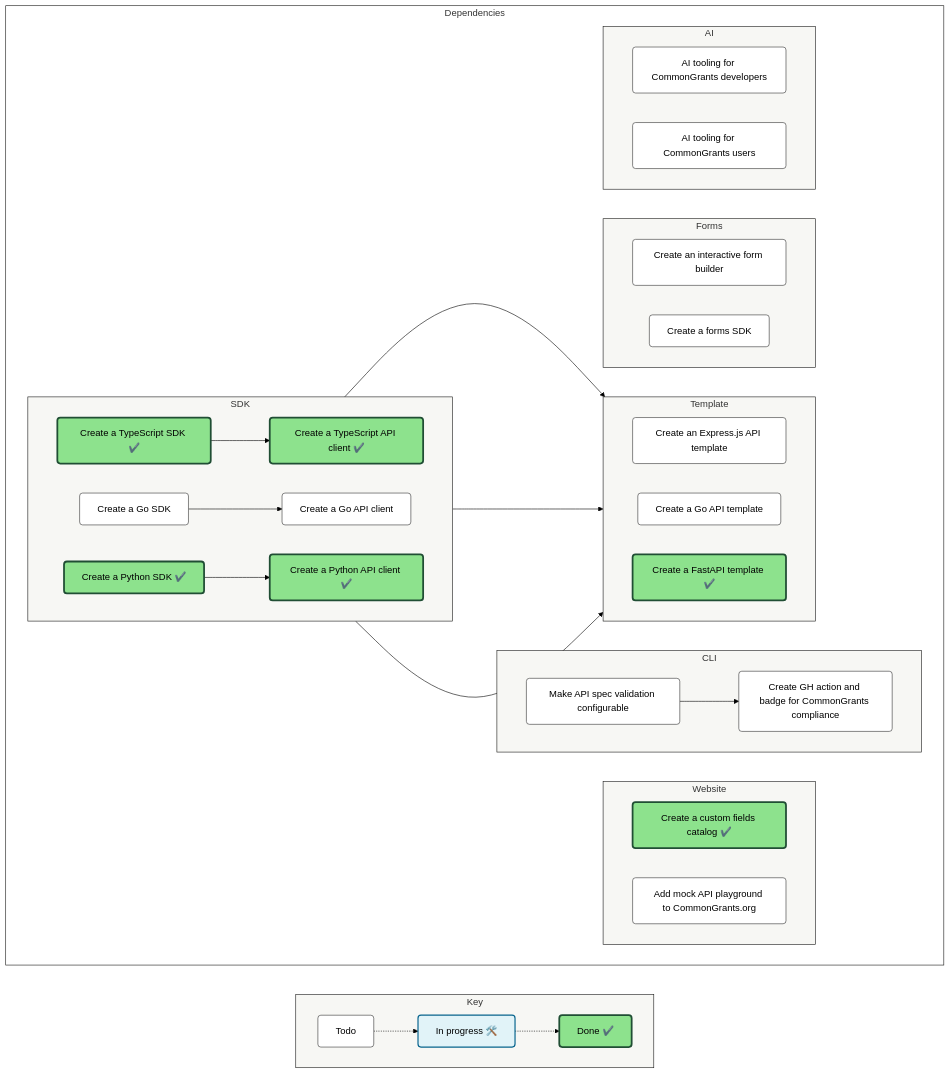
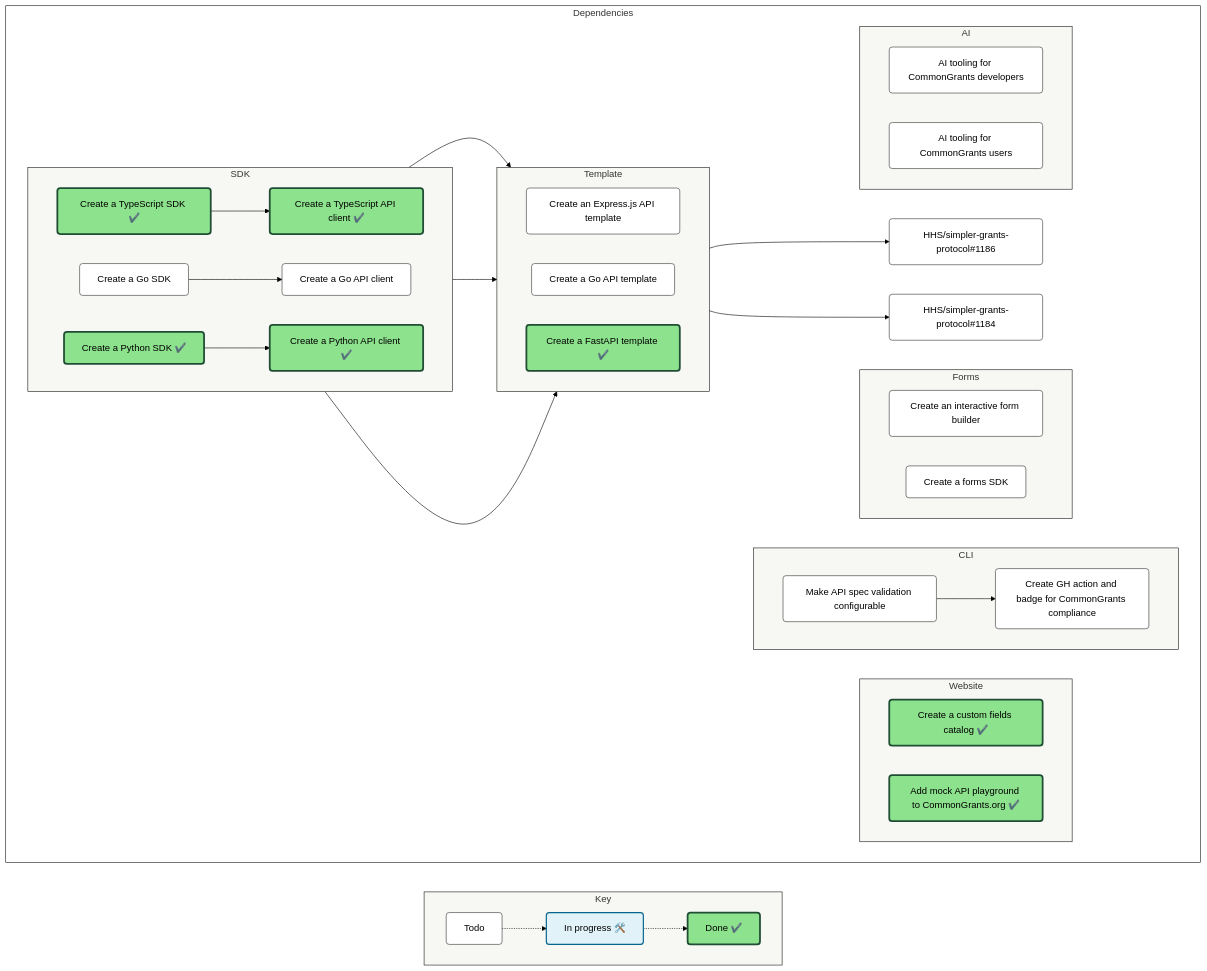
Before and after one commit to HHS/simpler-grants-protocol: the diagram in README.md, drawn with Mermaid (forest theme).

Commit message:
docs: Update README with dependency diagram

```diff
--- a/README.md
+++ b/README.md
@@ -95,7 +95,7 @@
     subgraph website["Website"]
     direction LR
         HHS/simpler-grants-protocol#330["Create a custom fields catalog ✔️"]:::Done
-        HHS/simpler-grants-protocol#334["Add mock API playground to CommonGrants.org"]
+        HHS/simpler-grants-protocol#334["Add mock API playground to CommonGrants.org ✔️"]:::Done
     end
 
 
@@ -136,6 +136,8 @@
     HHS/simpler-grants-protocol#323 --> HHS/simpler-grants-protocol#333
     HHS/simpler-grants-protocol#323 --> HHS/simpler-grants-protocol#329
     HHS/simpler-grants-protocol#331 --> HHS/simpler-grants-protocol#335
+    HHS/simpler-grants-protocol#332 --> HHS/simpler-grants-protocol#1186
+    HHS/simpler-grants-protocol#332 --> HHS/simpler-grants-protocol#1184
     HHS/simpler-grants-protocol#342 --> HHS/simpler-grants-protocol#343
     HHS/simpler-grants-protocol#342 --> HHS/simpler-grants-protocol#324
 
```
